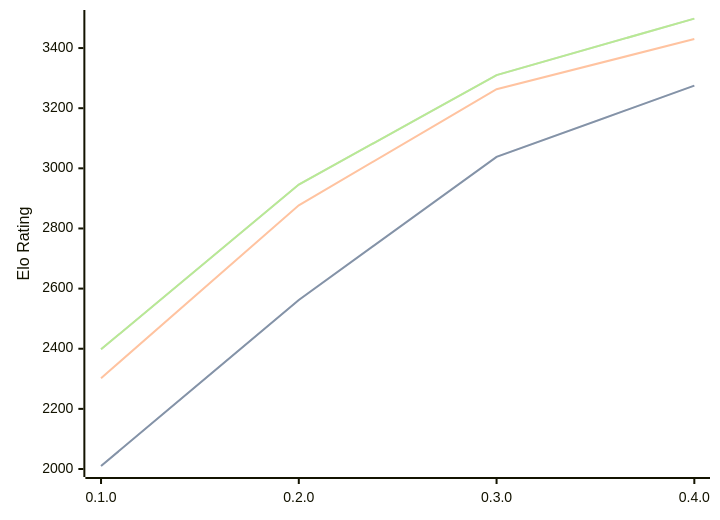
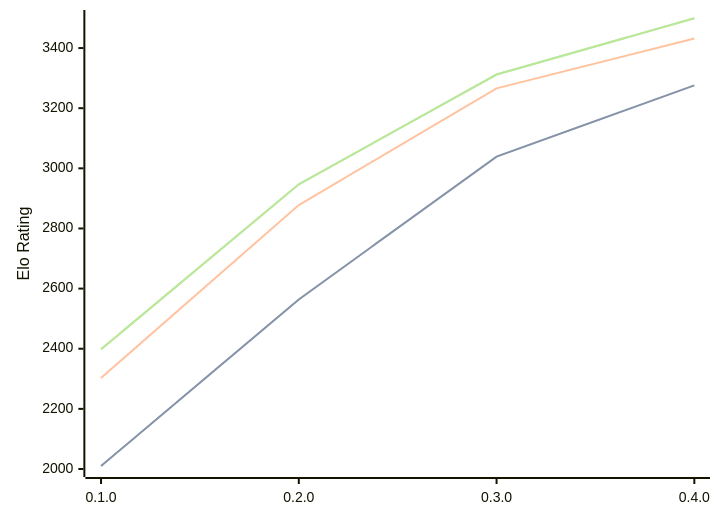
The diagram in engines/Justbot.md (computer-chess-index/cci), drawn with Mermaid before and after one commit. The commit also changed other lines of this file, not shown here.

Commit message:
Update CCI Ratings (ELO VLTC) - 2026-08-15

````diff
--- a/engines/Justbot.md
+++ b/engines/Justbot.md
@@ -34,11 +34,11 @@
 ```mermaid
 %%{init: {"theme":"base","themeVariables":{"seriesColors:['#a3a3a3','#222221','#faa371']}}}%%
 xychart-beta
   x-axis ["0.1.0", "0.2.0", "0.3.0", "0.4.0"]
   y-axis "Elo Rating" 2000 --> 3500
-  line "STC (8.0+0.08s)" [2010, 2562, 3038, 3275]
-  line "STC (8.0+0.08s)" [2010, 2562, 3038, 3275]
-  line "LTC (60.0+0.60s)" [2302, 2877, 3263, 3430]
-  line "VLTC (2m24s+1.12s)" [2398, 2946, 3310, 3498]
-  line "VLTC (2m24s+1.12s)" [2398, 2946, 3310, 3498]
+  line "STC (8.0+0.08s)" [2010, 2564, 3039, 3276]
+  line "STC (8.0+0.08s)" [2010, 2564, 3039, 3276]
+  line "LTC (60.0+0.60s)" [2303, 2878, 3266, 3432]
+  line "VLTC (2m24s+1.12s)" [2398, 2947, 3312, 3499]
+  line "VLTC (2m24s+1.12s)" [2398, 2947, 3312, 3499]
 ```
````
